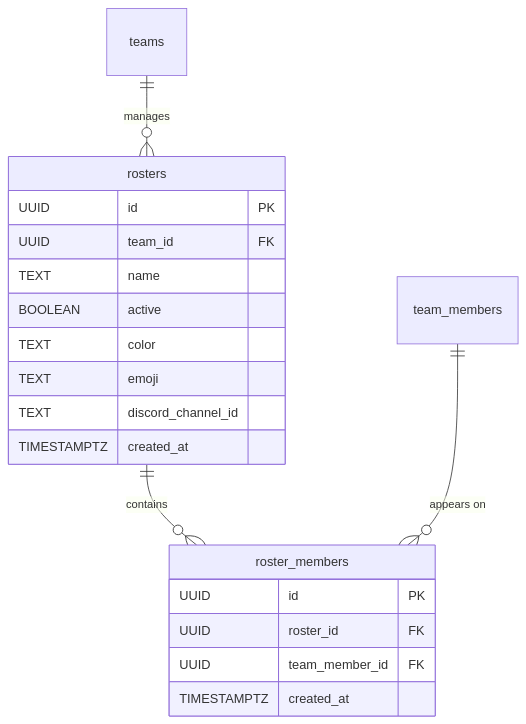
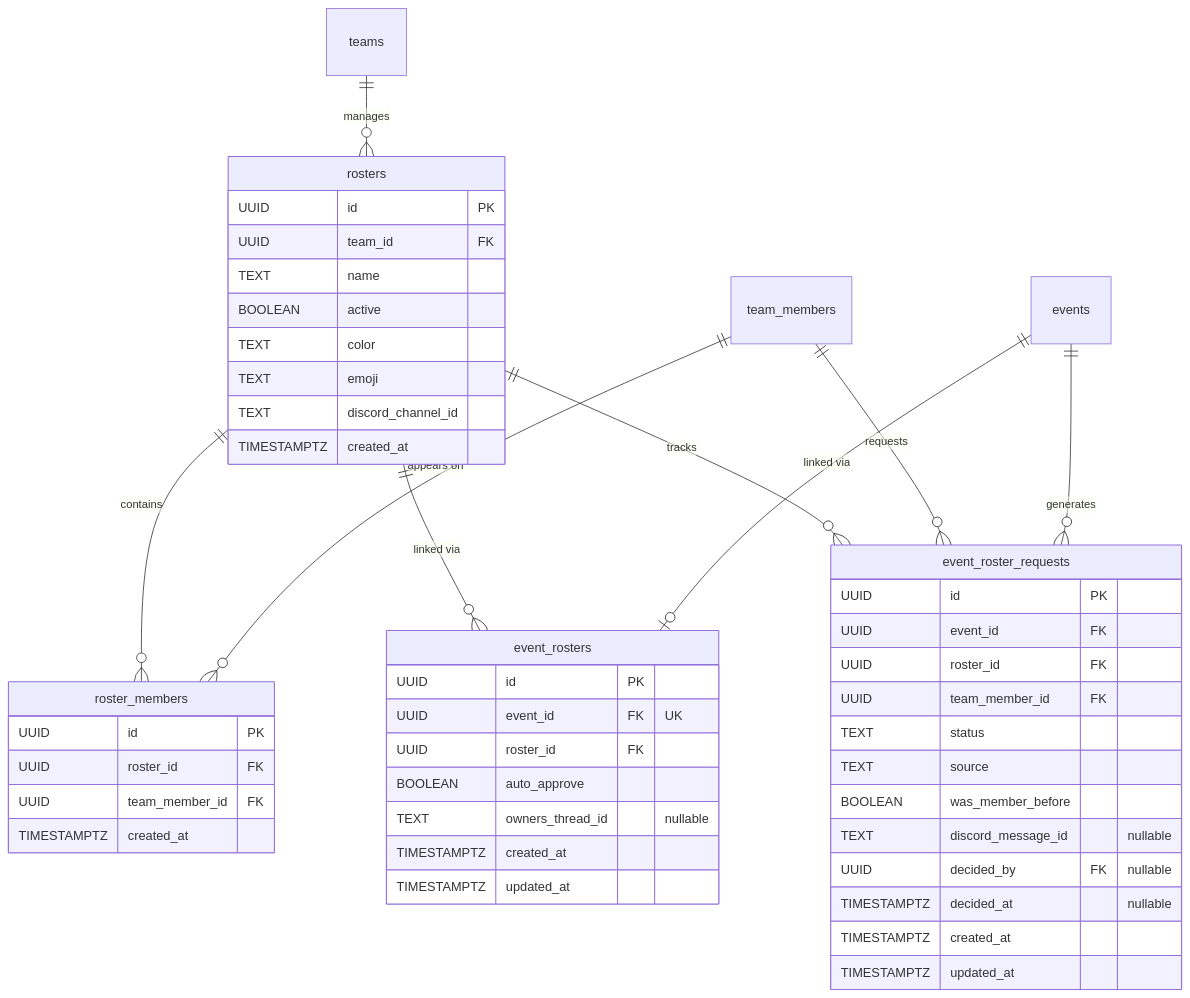
Diagram 11 of 19 in docs/thesis/er-diagram.md (sideline-cz/sideline), drawn with Mermaid before and after one commit. The commit also changed other lines of this file and 93 other files, not shown here.

First line of the commit message:
feat(event): link tournament events to a roster with RSVP-driven attendance

````diff
--- a/docs/thesis/er-diagram.md
+++ b/docs/thesis/er-diagram.md
@@ -792,24 +800,54 @@
 ```mermaid
 erDiagram
     rosters {
         UUID id PK
         UUID team_id FK
         TEXT name
         BOOLEAN active
         TEXT color
         TEXT emoji
         TEXT discord_channel_id
         TIMESTAMPTZ created_at
     }
 
     roster_members {
         UUID id PK
         UUID roster_id FK
         UUID team_member_id FK
         TIMESTAMPTZ created_at
     }
 
+    event_rosters {
+        UUID id PK
+        UUID event_id FK "UK"
+        UUID roster_id FK
+        BOOLEAN auto_approve
+        TEXT owners_thread_id "nullable"
+        TIMESTAMPTZ created_at
+        TIMESTAMPTZ updated_at
+    }
+
+    event_roster_requests {
+        UUID id PK
+        UUID event_id FK
+        UUID roster_id FK
+        UUID team_member_id FK
+        TEXT status
+        TEXT source
+        BOOLEAN was_member_before
+        TEXT discord_message_id "nullable"
+        UUID decided_by FK "nullable"
+        TIMESTAMPTZ decided_at "nullable"
+        TIMESTAMPTZ created_at
+        TIMESTAMPTZ updated_at
+    }
+
     teams ||--o{ rosters : "manages"
     rosters ||--o{ roster_members : "contains"
+    rosters ||--o{ event_rosters : "linked via"
+    rosters ||--o{ event_roster_requests : "tracks"
     team_members ||--o{ roster_members : "appears on"
+    team_members ||--o{ event_roster_requests : "requests"
+    events ||--o| event_rosters : "linked via"
+    events ||--o{ event_roster_requests : "generates"
 ```
````
